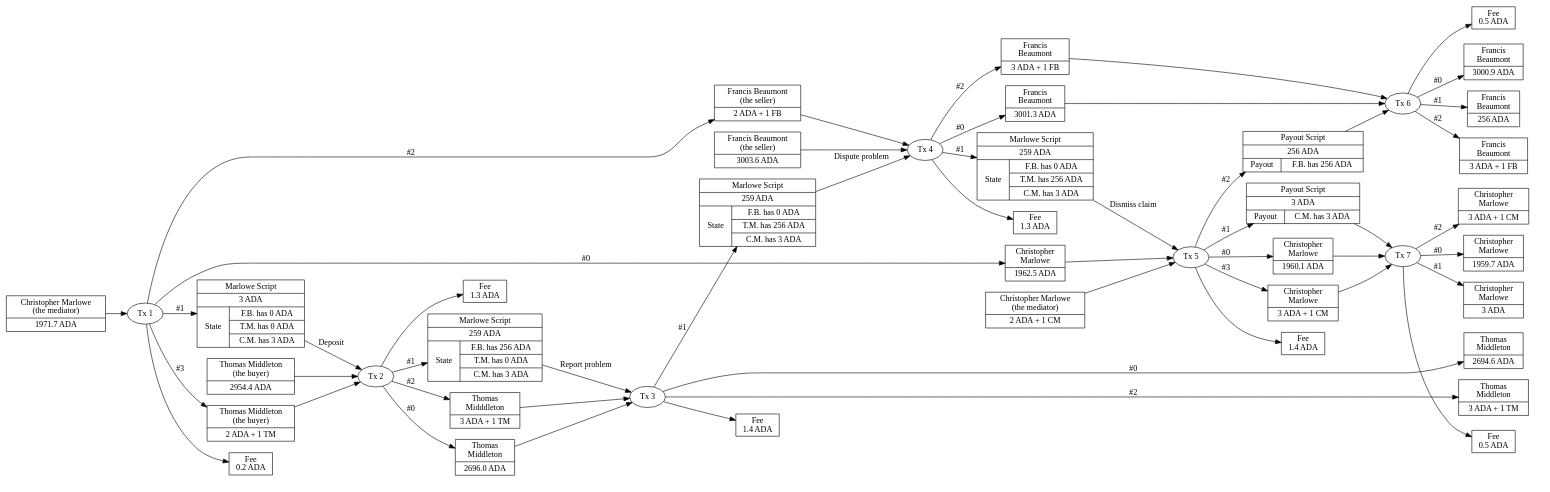
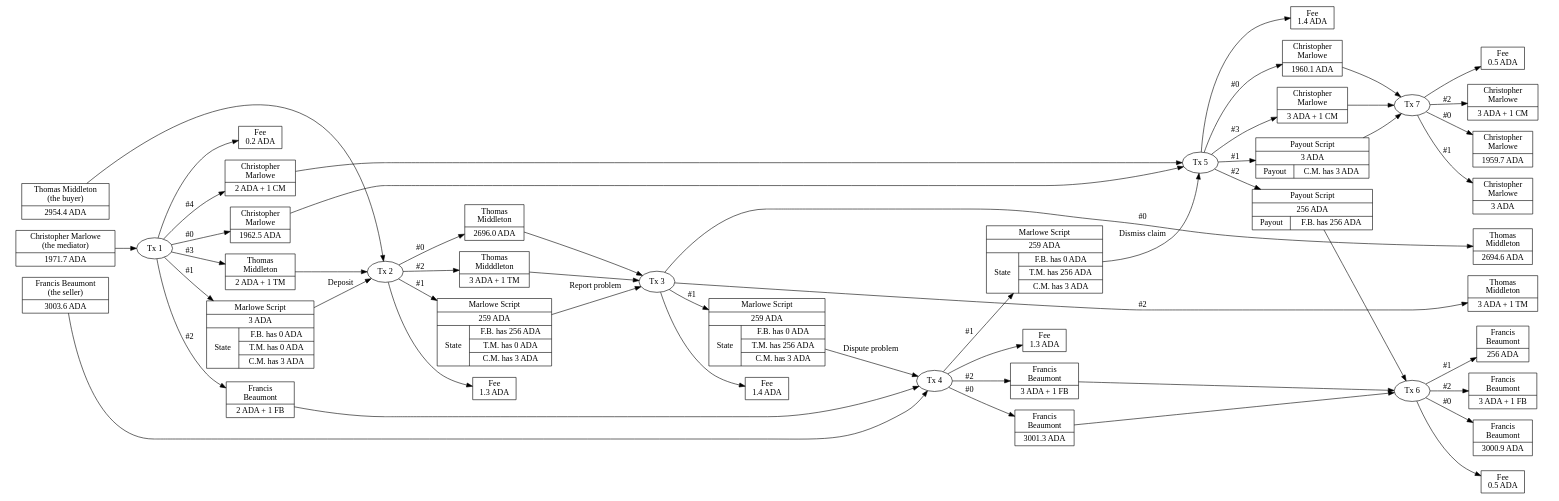
Before and after one commit to input-output-hk/real-world-marlowe: the diagram in diagrams/escrow-utxos.dot, drawn with Graphviz. The commit also changed 28 other files, not shown here.

Commit message:
SCP-3948 Revised first segment of marlowe-cli lecture and diagrams.

```diff
--- a/diagrams/escrow-utxos.dot
+++ b/diagrams/escrow-utxos.dot
@@ -6,220 +6,211 @@
 node [shape=record]
 
 
-Tx0MediatorAda [label="Christopher Marlowe\n(the mediator)|1971.7 ADA"]
-
-
-Tx1 [shape=oval label="Tx 1"]
-
-Tx0MediatorAda -> Tx1
-
-
-Tx1_1 [label="Marlowe Script|3 ADA|{State|{F.B. has 0 ADA|T.M. has 0 ADA|C.M. has 3 ADA}}"]
-
-Tx1 -> Tx1_1 [label="#1"]
-
-
 subgraph cluster_0m {
 
 peripheries=0
 
-Tx1_0 [label="Christopher\nMarlowe|1962.5 ADA"]
+Tx0MediatorAda [label="Christopher Marlowe\n(the mediator)|1971.7 ADA"]
 
-Tx0MediatorToken [label="Christopher Marlowe\n(the mediator)|2 ADA + 1 CM"]
+Tx0SellerAda [label="Francis Beaumont\n(the seller)|3003.6 ADA"]
+
+Tx0BuyerAda [label="Thomas Middleton\n(the buyer)|2954.4 ADA"]
 
 }
 
-Tx1 -> Tx1_0 [label="#0"]
+
+Tx1 [shape=oval label="Tx 1" color=black fontcolor=black]
+
+Tx0MediatorAda -> Tx1 [color=black fontcolor=black]
 
 
+Tx1_1 [label="Marlowe Script|3 ADA|{State|{F.B. has 0 ADA|T.M. has 0 ADA|C.M. has 3 ADA}}" color=black fontcolor=black]
 
-subgraph cluster_0s {
-
-peripheries=0
-
-Tx0SellerAda [label="Francis Beaumont\n(the seller)|3003.6 ADA"]
-
-Tx0SellerToken [label="Francis Beaumont\n(the seller)|2 ADA + 1 FB"]
-
-}
-
-Tx1 -> Tx0SellerToken [label="#2"]
+Tx1 -> Tx1_1 [label="#1" color=black fontcolor=black]
 
 
-subgraph cluster_0b {
+Tx1_0 [label="Christopher\nMarlowe|1962.5 ADA" color=black fontcolor=black]
 
-peripheries=0
-
-Tx0BuyerAda [label="Thomas Middleton\n(the buyer)|2954.4 ADA"]
-Tx0BuyerToken [label="Thomas Middleton\n(the buyer)|2 ADA + 1 TM"]
-
-}
-
-Tx1 -> Tx0BuyerToken [label="#3"]
+Tx1 -> Tx1_0 [label="#0" color=black fontcolor=black]
 
 
-Tx1_Fee [label="Fee\n0.2 ADA"]
+Tx0MediatorToken [label="Christopher\nMarlowe|2 ADA + 1 CM" color=black fontcolor=black]
 
-Tx1 -> Tx1_Fee
+Tx1 -> Tx0MediatorToken [label="#4" color=black fontcolor=black]
 
 
-Tx2 [shape=oval label="Tx 2"]
+Tx0SellerToken [label="Francis\nBeaumont|2 ADA + 1 FB" color=black fontcolor=black]
 
-Tx1_1 -> Tx2 [label="Deposit"]
+Tx1 -> Tx0SellerToken [label="#2" color=black fontcolor=black]
 
-Tx0BuyerAda -> Tx2
 
-Tx0BuyerToken -> Tx2
+Tx0BuyerToken [label="Thomas\nMiddleton|2 ADA + 1 TM" color=black fontcolor=black]
+
+Tx1 -> Tx0BuyerToken [label="#3" color=black fontcolor=black]
+
+
+Tx1_Fee [label="Fee\n0.2 ADA" color=black fontcolor=black]
+
+Tx1 -> Tx1_Fee [color=black fontcolor=black]
+
+
+Tx2 [shape=oval label="Tx 2" color=black fontcolor=black]
+
+Tx1_1 -> Tx2 [label="Deposit" color=black fontcolor=black]
+
+Tx0BuyerAda -> Tx2 [color=black fontcolor=black]
+
+Tx0BuyerToken -> Tx2 [color=black fontcolor=black]
 
 
 subgraph cluster_2 {
 
 peripheries=0
 
-Tx2_0 [label="Thomas\nMiddleton|2696.0 ADA"]
+Tx2_0 [label="Thomas\nMiddleton|2696.0 ADA" color=black fontcolor=black]
 
-Tx2_2 [label="Thomas\nMidddleton|3 ADA + 1 TM"]
+Tx2_2 [label="Thomas\nMidddleton|3 ADA + 1 TM" color=black fontcolor=black]
 
 }
 
-Tx2 -> Tx2_0 [label="#0"]
+Tx2 -> Tx2_0 [label="#0" color=black fontcolor=black]
 
-Tx2 -> Tx2_2 [label="#2"]
+Tx2 -> Tx2_2 [label="#2" color=black fontcolor=black]
 
 
-Tx2_1 [label="Marlowe Script|259 ADA|{State|{F.B. has 256 ADA|T.M. has 0 ADA|C.M. has 3 ADA}}"]
+Tx2_1 [label="Marlowe Script|259 ADA|{State|{F.B. has 256 ADA|T.M. has 0 ADA|C.M. has 3 ADA}}" color=black fontcolor=black]
 
-Tx2 -> Tx2_1 [label="#1"]
+Tx2 -> Tx2_1 [label="#1" color=black fontcolor=black]
 
 
-Tx2_Fee [label="Fee\n1.3 ADA"]
+Tx2_Fee [label="Fee\n1.3 ADA" color=black fontcolor=black]
 
-Tx2 -> Tx2_Fee
+Tx2 -> Tx2_Fee [color=black fontcolor=black]
 
 
-Tx3 [shape=oval label="Tx 3"]
+Tx3 [shape=oval label="Tx 3" color=black fontcolor=black]
 
-Tx2_1 -> Tx3 [label="Report problem"]
+Tx2_1 -> Tx3 [label="Report problem" color=black fontcolor=black]
 
-Tx2_0 -> Tx3
+Tx2_0 -> Tx3 [color=black fontcolor=black]
 
-Tx2_2 -> Tx3
+Tx2_2 -> Tx3 [color=black fontcolor=black]
 
 
-Tx3_1 [label="Marlowe Script|259 ADA|{State|{F.B. has 0 ADA|T.M. has 256 ADA|C.M. has 3 ADA}}"]
+Tx3_1 [label="Marlowe Script|259 ADA|{State|{F.B. has 0 ADA|T.M. has 256 ADA|C.M. has 3 ADA}}" color=black fontcolor=black]
 
-Tx3 -> Tx3_1 [label="#1"]
+Tx3 -> Tx3_1 [label="#1" color=black fontcolor=black]
 
 
-Tx3_Fee [label="Fee\n1.4 ADA"]
+Tx3_Fee [label="Fee\n1.4 ADA" color=black fontcolor=black]
 
-Tx3 -> Tx3_Fee
+Tx3 -> Tx3_Fee [color=black fontcolor=black]
 
 
-Tx4 [shape=oval label="Tx 4"]
+Tx4 [shape=oval label="Tx 4" color=black fontcolor=black]
 
-Tx3_1 -> Tx4 [label="Dispute problem"]
+Tx3_1 -> Tx4 [label="Dispute problem" color=black fontcolor=black]
 
-Tx0SellerAda -> Tx4
+Tx0SellerAda -> Tx4 [color=black fontcolor=black]
 
-Tx0SellerToken -> Tx4
+Tx0SellerToken -> Tx4 [color=black fontcolor=black]
 
 
 subgraph cluster_4 {
 
 peripheries=0
 
-Tx4_0 [label="Francis\nBeaumont|3001.3 ADA"]
+Tx4_0 [label="Francis\nBeaumont|3001.3 ADA" color=black fontcolor=black]
 
-Tx4_2 [label="Francis\nBeaumont|3 ADA + 1 FB"]
+Tx4_2 [label="Francis\nBeaumont|3 ADA + 1 FB" color=black fontcolor=black]
 
 }
 
-Tx4 -> Tx4_0 [label="#0"]
+Tx4 -> Tx4_0 [label="#0" color=black fontcolor=black]
 
-Tx4 -> Tx4_2 [label="#2"]
+Tx4 -> Tx4_2 [label="#2" color=black fontcolor=black]
 
 
-Tx4_1 [label="Marlowe Script|259 ADA|{State|{F.B. has 0 ADA|T.M. has 256 ADA|C.M. has 3 ADA}}"]
+Tx4_1 [label="Marlowe Script|259 ADA|{State|{F.B. has 0 ADA|T.M. has 256 ADA|C.M. has 3 ADA}}" color=black fontcolor=black]
 
-Tx4 -> Tx4_1 [label="#1"]
+Tx4 -> Tx4_1 [label="#1" color=black fontcolor=black]
 
 
-Tx4_Fee [label="Fee\n1.3 ADA"]
+Tx4_Fee [label="Fee\n1.3 ADA" color=black fontcolor=black]
 
-Tx4 -> Tx4_Fee
+Tx4 -> Tx4_Fee [color=black fontcolor=black]
 
 
-Tx5 [shape=oval label="Tx 5"]
+Tx5 [shape=oval label="Tx 5" color=black fontcolor=black]
 
-Tx4_1 -> Tx5 [label="Dismiss claim"]
+Tx4_1 -> Tx5 [label="Dismiss claim" color=black fontcolor=black]
 
-Tx1_0 -> Tx5
+Tx1_0 -> Tx5 [color=black fontcolor=black]
 
-Tx0MediatorToken -> Tx5
+Tx0MediatorToken -> Tx5 [color=black fontcolor=black]
 
 
 subgraph cluster_5 {
 
 peripheries=0
 
-Tx5_0 [label="Christopher\nMarlowe|1960.1 ADA"]
+Tx5_0 [label="Christopher\nMarlowe|1960.1 ADA" color=black fontcolor=black]
 
-Tx5_3 [label="Christopher\nMarlowe|3 ADA + 1 CM"]
+Tx5_3 [label="Christopher\nMarlowe|3 ADA + 1 CM" color=black fontcolor=black]
 
 }
 
-Tx5 -> Tx5_0 [label="#0"]
+Tx5 -> Tx5_0 [label="#0" color=black fontcolor=black]
 
-Tx5 -> Tx5_3 [label="#3"]
+Tx5 -> Tx5_3 [label="#3" color=black fontcolor=black]
 
 
 subgraph cluster_5p {
 
 peripheries=0
 
-Tx5_1 [label="Payout Script|3 ADA|{Payout|C.M. has 3 ADA}"]
+Tx5_1 [label="Payout Script|3 ADA|{Payout|C.M. has 3 ADA}" color=black fontcolor=black]
 
-Tx5_2 [label="Payout Script|256 ADA|{Payout|F.B. has 256 ADA}"]
+Tx5_2 [label="Payout Script|256 ADA|{Payout|F.B. has 256 ADA}" color=black fontcolor=black]
 
 }
 
-Tx5 -> Tx5_1 [label="#1"]
+Tx5 -> Tx5_1 [label="#1" color=black fontcolor=black]
 
-Tx5 -> Tx5_2 [label="#2"]
+Tx5 -> Tx5_2 [label="#2" color=black fontcolor=black]
 
 
-Tx5_Fee [label="Fee\n1.4 ADA"]
+Tx5_Fee [label="Fee\n1.4 ADA" color=black fontcolor=black]
 
-Tx5 -> Tx5_Fee
+Tx5 -> Tx5_Fee [color=black fontcolor=black]
 
 
-Tx6 [shape=oval label="Tx 6"]
+Tx6 [shape=oval label="Tx 6" color=black fontcolor=black]
 
-Tx4_0 -> Tx6
+Tx4_0 -> Tx6 [color=black fontcolor=black]
 
-Tx4_2 -> Tx6
+Tx4_2 -> Tx6 [color=black fontcolor=black]
 
-Tx5_2 -> Tx6
+Tx5_2 -> Tx6 [color=black fontcolor=black]
 
 
-Tx6_Fee [label="Fee\n0.5 ADA"]
+Tx6_Fee [label="Fee\n0.5 ADA" color=black fontcolor=black]
 
-Tx6 -> Tx6_Fee
+Tx6 -> Tx6_Fee [color=black fontcolor=black]
 
 
-Tx7 [shape=oval label="Tx 7"]
+Tx7 [shape=oval label="Tx 7" color=black fontcolor=black]
 
-Tx5_0 -> Tx7
+Tx5_0 -> Tx7 [color=black fontcolor=black]
 
-Tx5_3 -> Tx7
+Tx5_3 -> Tx7 [color=black fontcolor=black]
 
-Tx5_1 -> Tx7
+Tx5_1 -> Tx7 [color=black fontcolor=black]
 
 
-Tx7_Fee [label="Fee\n0.5 ADA"]
+Tx7_Fee [label="Fee\n0.5 ADA" color=black fontcolor=black]
 
-Tx7 -> Tx7_Fee
+Tx7 -> Tx7_Fee [color=black fontcolor=black]
 
 
 subgraph cluster_x {
@@ -230,9 +221,9 @@
 
   peripheries=0
 
-  Tx3_0 [label="Thomas\nMiddleton|2694.6 ADA"]
+  Tx3_0 [label="Thomas\nMiddleton|2694.6 ADA" color=black fontcolor=black]
 
-  Tx3_2 [label="Thomas\nMiddleton|3 ADA + 1 TM"]
+  Tx3_2 [label="Thomas\nMiddleton|3 ADA + 1 TM" color=black fontcolor=black]
 
   }
 
@@ -240,11 +231,11 @@
 
   peripheries=0
 
-  Tx6_0 [label="Francis\nBeaumont|3000.9 ADA"]
+  Tx6_0 [label="Francis\nBeaumont|3000.9 ADA" color=black fontcolor=black]
 
-  Tx6_1 [label="Francis\nBeaumont|256 ADA"]
+  Tx6_1 [label="Francis\nBeaumont|256 ADA" color=black fontcolor=black]
 
-  Tx6_2 [label="Francis\nBeaumont|3 ADA + 1 FB"]
+  Tx6_2 [label="Francis\nBeaumont|3 ADA + 1 FB" color=black fontcolor=black]
 
   }
 
@@ -252,34 +243,34 @@
 
   peripheries=0
 
-  Tx7_0 [label="Christopher\nMarlowe|1959.7 ADA"]
+  Tx7_0 [label="Christopher\nMarlowe|1959.7 ADA" color=black fontcolor=black]
 
-  Tx7_1 [label="Christopher\nMarlowe|3 ADA"]
+  Tx7_1 [label="Christopher\nMarlowe|3 ADA" color=black fontcolor=black]
 
-  Tx7_2 [label="Christopher\nMarlowe|3 ADA + 1 CM"]
+  Tx7_2 [label="Christopher\nMarlowe|3 ADA + 1 CM" color=black fontcolor=black]
 
   }
 
 }
 
 
-Tx3 -> Tx3_0 [label="#0"]
+Tx3 -> Tx3_0 [label="#0" color=black fontcolor=black]
 
-Tx3 -> Tx3_2 [label="#2"]
+Tx3 -> Tx3_2 [label="#2" color=black fontcolor=black]
 
 
-Tx6 -> Tx6_0 [label="#0"]
+Tx6 -> Tx6_0 [label="#0" color=black fontcolor=black]
 
-Tx6 -> Tx6_1 [label="#1"]
+Tx6 -> Tx6_1 [label="#1" color=black fontcolor=black]
 
-Tx6 -> Tx6_2 [label="#2"]
+Tx6 -> Tx6_2 [label="#2" color=black fontcolor=black]
 
 
-Tx7 -> Tx7_0 [label="#0"]
+Tx7 -> Tx7_0 [label="#0" color=black fontcolor=black]
 
-Tx7 -> Tx7_1 [label="#1"]
+Tx7 -> Tx7_1 [label="#1" color=black fontcolor=black]
 
-Tx7 -> Tx7_2 [label="#2"]
+Tx7 -> Tx7_2 [label="#2" color=black fontcolor=black]
 
 
 }
```
